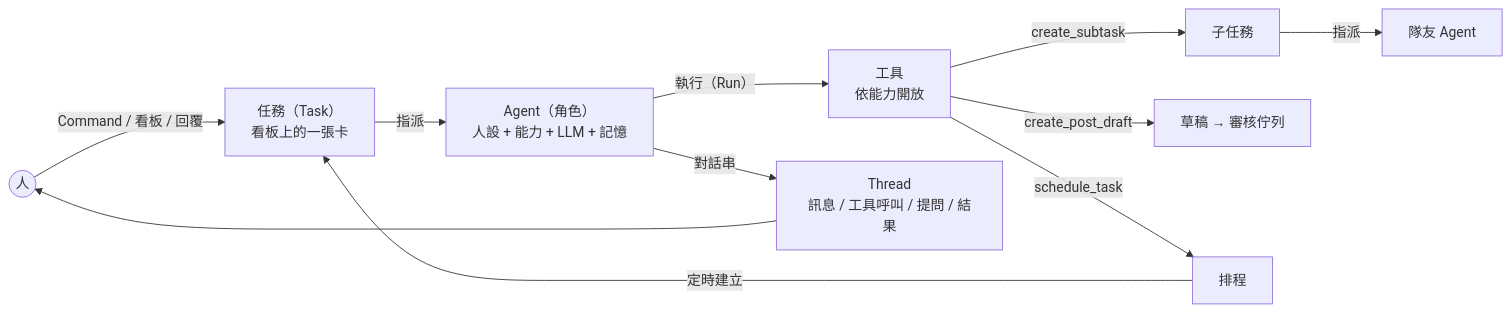
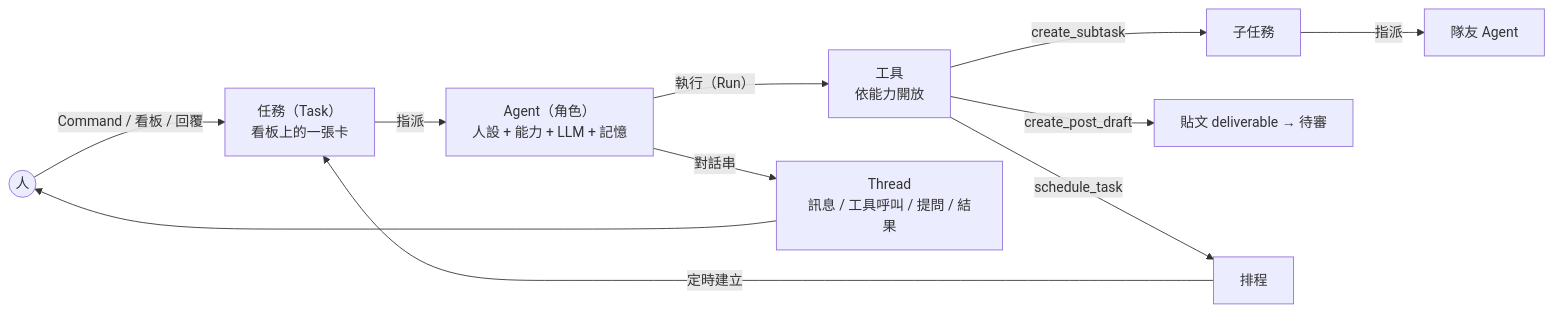
Before and after one commit to j75689/cueflow: the first of 5 diagrams in docs/zh-TW/agentic-flow.md, drawn with Mermaid. The commit also changed other lines of this file and 14 other files, not shown here.

````diff
--- a/docs/zh-TW/agentic-flow.md
+++ b/docs/zh-TW/agentic-flow.md
@@ -20,11 +20,11 @@
 ```mermaid
 flowchart LR
     Human(("人")) -->|"Command / 看板 / 回覆"| Task["任務（Task）<br/>看板上的一張卡"]
     Task -->|"指派"| Agent["Agent（角色）<br/>人設 + 能力 + LLM + 記憶"]
     Agent -->|"執行（Run）"| Tools["工具<br/>依能力開放"]
     Tools -->|"create_subtask"| Sub["子任務"] -->|"指派"| Mate["隊友 Agent"]
-    Tools -->|"create_post_draft"| Draft["草稿 → 審核佇列"]
+    Tools -->|"create_post_draft"| Draft["貼文 deliverable → 待審"]
     Tools -->|"schedule_task"| Sched["排程"] -->|"定時建立"| Task
     Agent -->|"對話串"| Thread["Thread<br/>訊息 / 工具呼叫 / 提問 / 結果"]
     Thread --> Human
 ```
````
